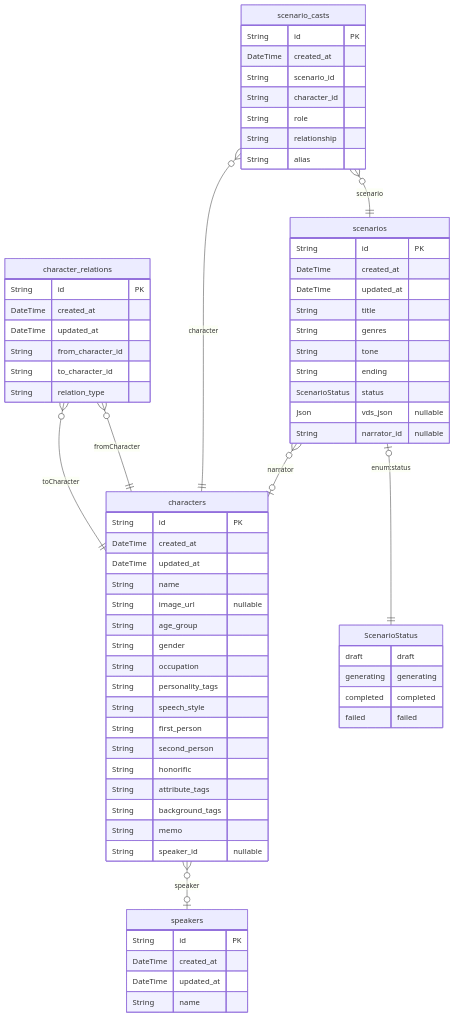
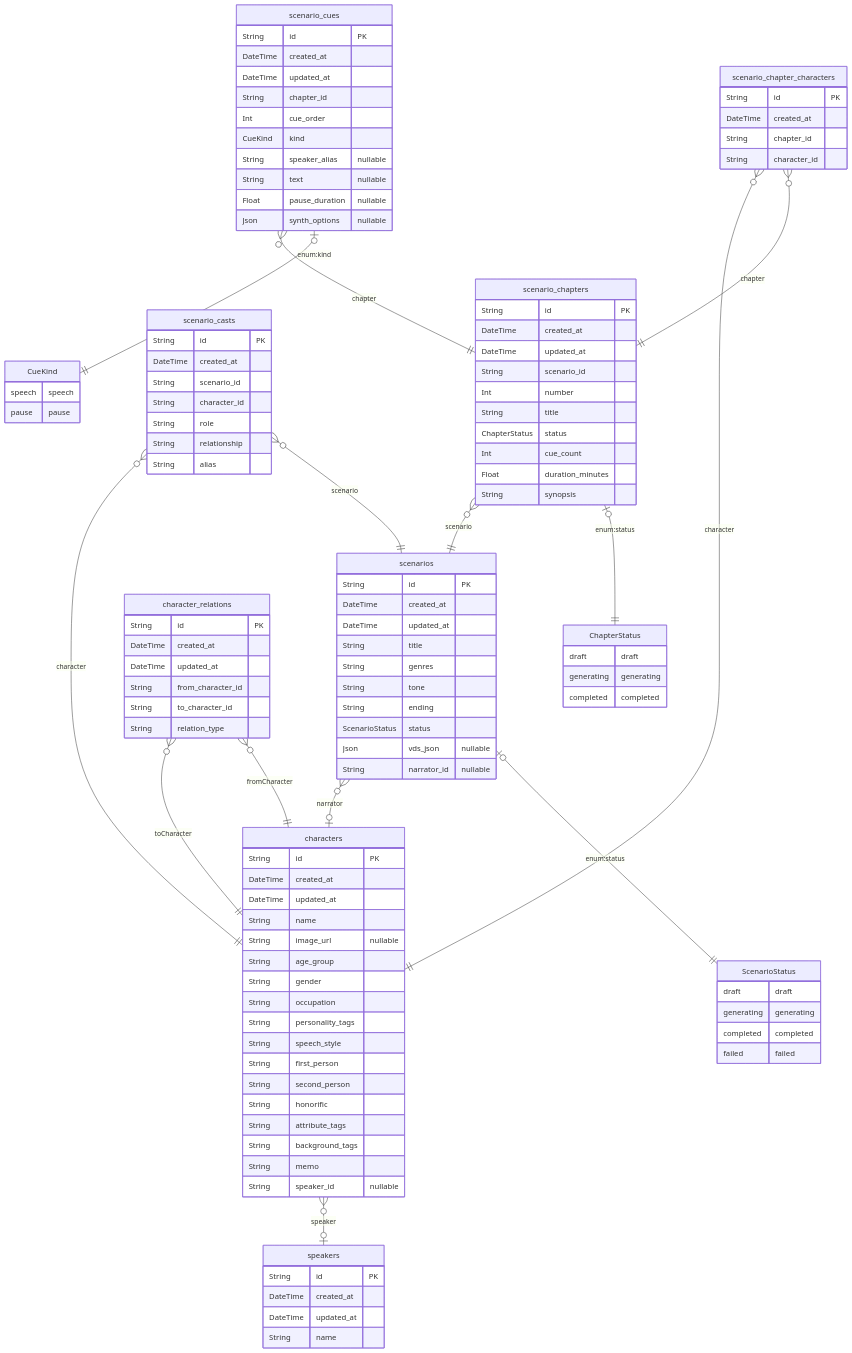
The diagram in packages/web/prisma/ERD.md (tkgstrator/Irodori-TTS-Discord-Bot), drawn with Mermaid before and after one commit. The commit also changed 33 other files, not shown here.

Commit message:
feat(web): persist scenarios and chapters via API

````diff
--- a/packages/web/prisma/ERD.md
+++ b/packages/web/prisma/ERD.md
@@ -6,6 +6,21 @@
 generating generating
 completed completed
 failed failed
+        }
+    
+
+
+        ChapterStatus {
+            draft draft
+generating generating
+completed completed
+        }
+    
+
+
+        CueKind {
+            speech speech
+pause pause
         }
     
   "characters" {
@@ -71,6 +86,42 @@
     String alias 
     }
   
+
+  "scenario_chapters" {
+    String id "PK"
+    DateTime created_at 
+    DateTime updated_at 
+    String scenario_id 
+    Int number 
+    String title 
+    ChapterStatus status 
+    Int cue_count 
+    Float duration_minutes 
+    String synopsis 
+    }
+  
+
+  "scenario_chapter_characters" {
+    String id "PK"
+    DateTime created_at 
+    String chapter_id 
+    String character_id 
+    }
+  
+
+  "scenario_cues" {
+    String id "PK"
+    DateTime created_at 
+    DateTime updated_at 
+    String chapter_id 
+    Int cue_order 
+    CueKind kind 
+    String speaker_alias "nullable"
+    String text "nullable"
+    Float pause_duration "nullable"
+    Json synth_options "nullable"
+    }
+  
     "characters" }o--|o speakers : "speaker"
     "character_relations" }o--|| characters : "fromCharacter"
     "character_relations" }o--|| characters : "toCharacter"
@@ -78,4 +129,10 @@
     "scenarios" }o--|o characters : "narrator"
     "scenario_casts" }o--|| scenarios : "scenario"
     "scenario_casts" }o--|| characters : "character"
+    "scenario_chapters" |o--|| "ChapterStatus" : "enum:status"
+    "scenario_chapters" }o--|| scenarios : "scenario"
+    "scenario_chapter_characters" }o--|| scenario_chapters : "chapter"
+    "scenario_chapter_characters" }o--|| characters : "character"
+    "scenario_cues" |o--|| "CueKind" : "enum:kind"
+    "scenario_cues" }o--|| scenario_chapters : "chapter"
 ```
````
